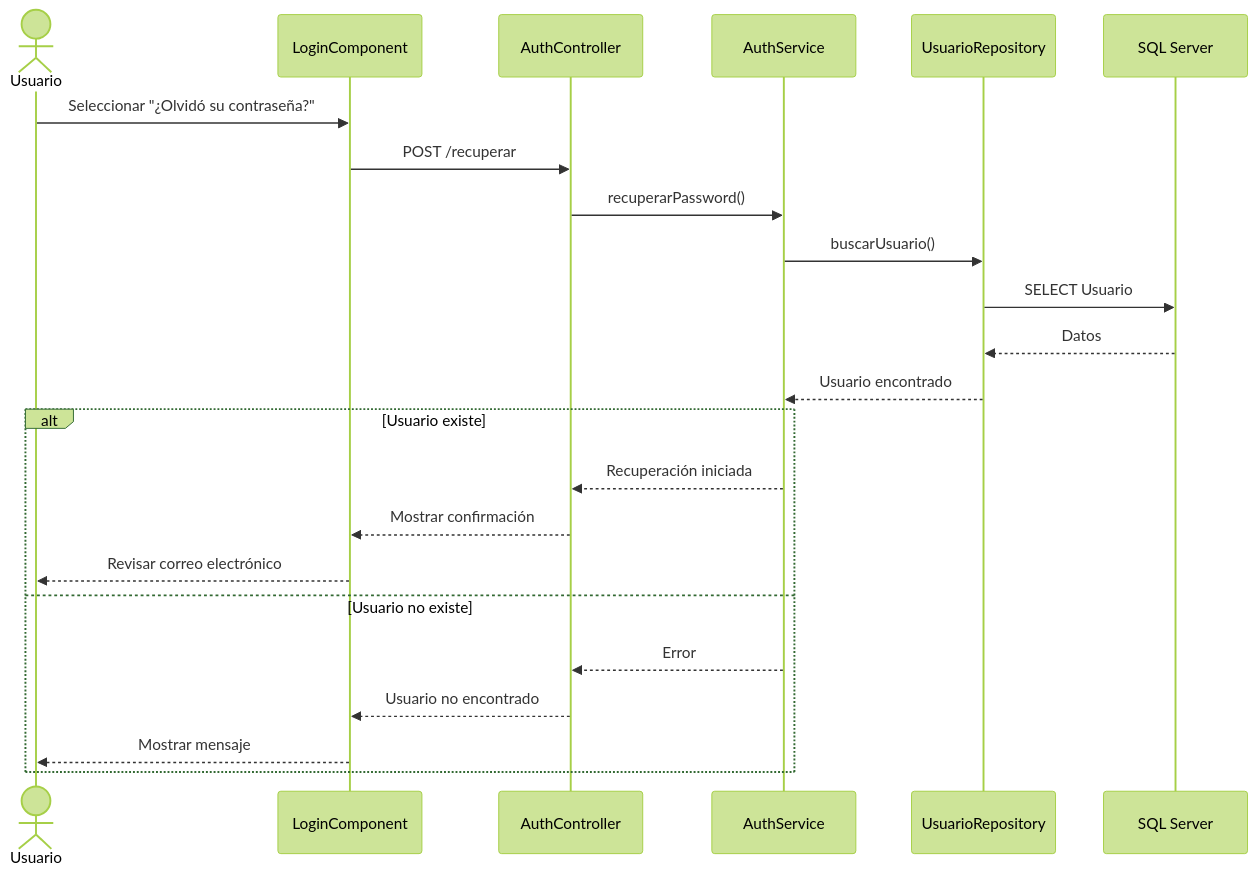
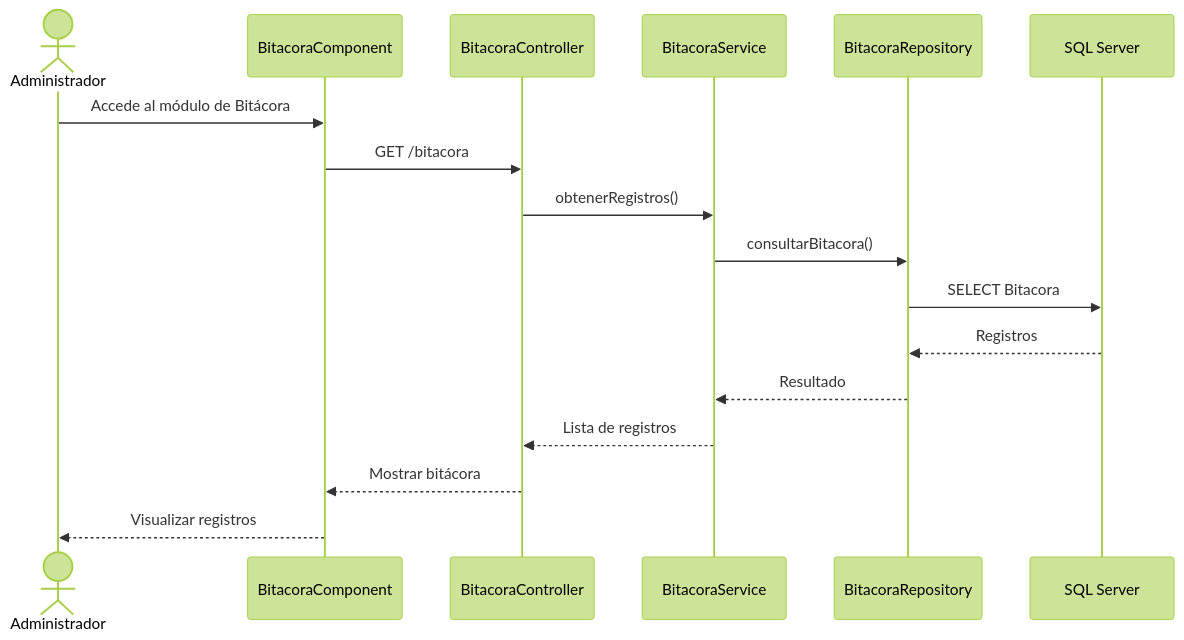
Before and after one commit to acifuinaMar/ClimGuard: the sixth of 6 diagrams in docs/DOC-08-Diagramas de secuencia.md, drawn with Mermaid (forest theme). The commit also changed other lines of this file and 15 other files, not shown here.

````diff
--- a/docs/DOC-08-Diagramas de secuencia.md
+++ b/docs/DOC-08-Diagramas de secuencia.md
@@ -291,43 +227,22 @@
 ```mermaid
 sequenceDiagram
 
-actor Usuario
+actor Administrador
 
-participant Login as LoginComponent
-participant Controller as AuthController
-participant Service as AuthService
-participant Repository as UsuarioRepository
+participant Vista as BitacoraComponent
+participant Controller as BitacoraController
+participant Service as BitacoraService
+participant Repository as BitacoraRepository
 participant SQL as SQL Server
 
-Usuario->>Login: Seleccionar "¿Olvidó su contraseña?"
-
-Login->>Controller: POST /recuperar
-
-Controller->>Service: recuperarPassword()
-
-Service->>Repository: buscarUsuario()
-
-Repository->>SQL: SELECT Usuario
-
-SQL-->>Repository: Datos
-
-Repository-->>Service: Usuario encontrado
-
-alt Usuario existe
-
-    Service-->>Controller: Recuperación iniciada
-
-    Controller-->>Login: Mostrar confirmación
-
-    Login-->>Usuario: Revisar correo electrónico
-
-else Usuario no existe
-
-    Service-->>Controller: Error
-
-    Controller-->>Login: Usuario no encontrado
-
-    Login-->>Usuario: Mostrar mensaje
-
-end
+Administrador->>Vista: Accede al módulo de Bitácora
+Vista->>Controller: GET /bitacora
+Controller->>Service: obtenerRegistros()
+Service->>Repository: consultarBitacora()
+Repository->>SQL: SELECT Bitacora
+SQL-->>Repository: Registros
+Repository-->>Service: Resultado
+Service-->>Controller: Lista de registros
+Controller-->>Vista: Mostrar bitácora
+Vista-->>Administrador: Visualizar registros
 ```
````
